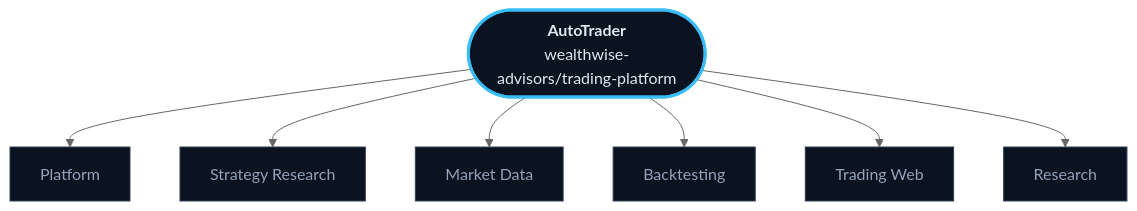
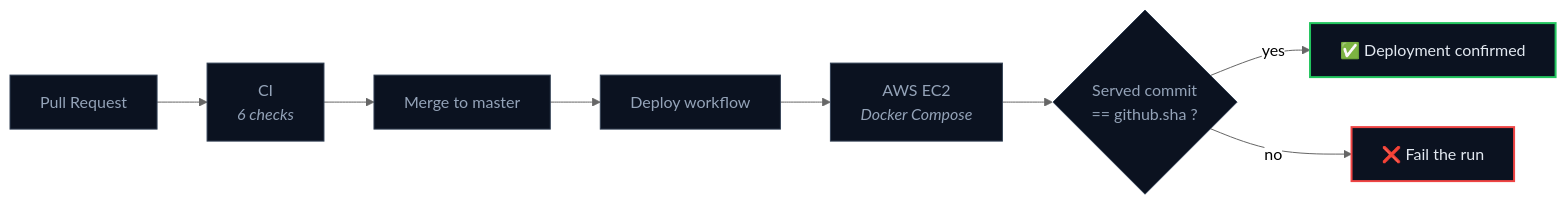
The fourth of 5 diagrams in README.md (wealthwise-advisors/trading-platform), drawn with Mermaid (neutral theme) before and after one commit. The commit also changed other lines of this file and 22 other files, not shown here.

````diff
--- a/README.md
+++ b/README.md
@@ -302,16 +559,17 @@
 ```mermaid
-flowchart TB
-    HUB(["<b>AutoTrader</b><br/>wealthwise-advisors/trading-platform"])
+flowchart LR
+    PR["Pull Request"] --> CI["CI<br/><i>6 checks</i>"]
+    CI --> MG["Merge to master"]
+    MG --> DP["Deploy workflow"]
+    DP --> EC["AWS EC2<br/><i>Docker Compose</i>"]
+    EC --> AS{"Served commit<br/>== github.sha ?"}
+    AS -->|yes| OK["✅ Deployment confirmed"]
+    AS -->|no| FA["❌ Fail the run"]
 
-    HUB --> PF["Platform"]
-    HUB --> SR["Strategy Research"]
-    HUB --> MD["Market Data"]
-    HUB --> BT["Backtesting"]
-    HUB --> TW["Trading Web"]
-    HUB --> RS["Research"]
-
-    classDef hub  fill:#0b1220,stroke:#38bdf8,stroke-width:3px,color:#e2e8f0
-    classDef node fill:#0b1220,stroke:#334155,stroke-width:1px,color:#94a3b8
-    class HUB hub
-    class PF,SR,MD,BT,TW,RS node
+    classDef n fill:#0b1220,stroke:#334155,stroke-width:1px,color:#94a3b8
+    classDef g fill:#0b1220,stroke:#22c55e,stroke-width:2px,color:#e2e8f0
+    classDef r fill:#0b1220,stroke:#ef4444,stroke-width:2px,color:#e2e8f0
+    class PR,CI,MG,DP,EC,AS n
+    class OK g
+    class FA r
 ```
````
